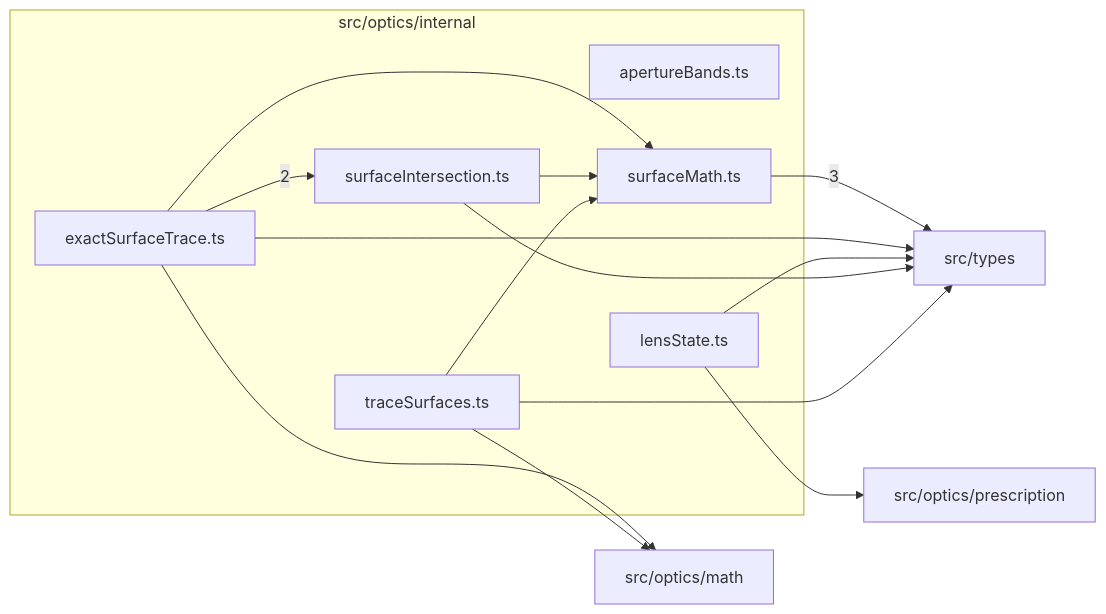
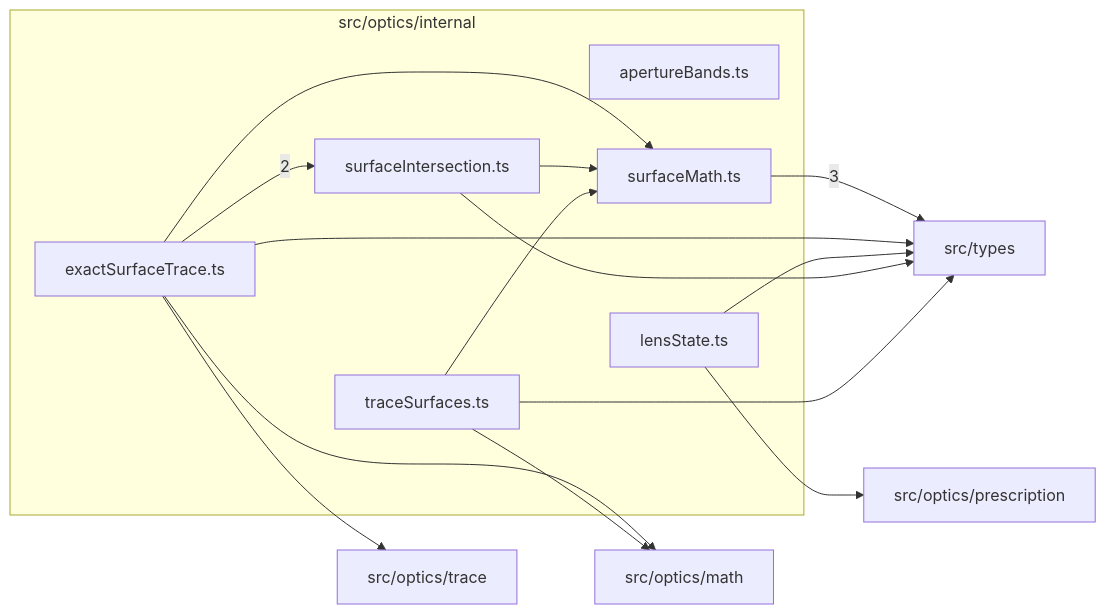
One commit to ronbuening/LensVisualizer changed the diagram in src/optics/internal/readme.md. Above: the diagram before and after it, drawn with Mermaid. The commit also changed other lines of this file and 9 other files, not shown here.

````diff
--- a/src/optics/internal/readme.md
+++ b/src/optics/internal/readme.md
@@ -9,26 +9,28 @@
 ```mermaid
 flowchart LR
   subgraph n_src_optics_internal["src/optics/internal"]
     n_src_optics_internal_src_optics_internal_apertureBands_ts["apertureBands.ts"]
     n_src_optics_internal_src_optics_internal_exactSurfaceTrace_ts["exactSurfaceTrace.ts"]
     n_src_optics_internal_src_optics_internal_lensState_ts["lensState.ts"]
     n_src_optics_internal_src_optics_internal_surfaceIntersection_ts["surfaceIntersection.ts"]
     n_src_optics_internal_src_optics_internal_surfaceMath_ts["surfaceMath.ts"]
     n_src_optics_internal_src_optics_internal_traceSurfaces_ts["traceSurfaces.ts"]
   end
   n_external_src_types["src/types"]
   n_external_src_optics_math["src/optics/math"]
   n_external_src_optics_prescription["src/optics/prescription"]
+  n_external_src_optics_trace["src/optics/trace"]
   n_src_optics_internal_src_optics_internal_surfaceMath_ts --> |3| n_external_src_types
   n_src_optics_internal_src_optics_internal_exactSurfaceTrace_ts --> |2| n_src_optics_internal_src_optics_internal_surfaceIntersection_ts
   n_src_optics_internal_src_optics_internal_exactSurfaceTrace_ts --> n_external_src_optics_math
   n_src_optics_internal_src_optics_internal_traceSurfaces_ts --> n_external_src_optics_math
   n_src_optics_internal_src_optics_internal_lensState_ts --> n_external_src_optics_prescription
+  n_src_optics_internal_src_optics_internal_exactSurfaceTrace_ts --> n_external_src_optics_trace
   n_src_optics_internal_src_optics_internal_exactSurfaceTrace_ts --> n_external_src_types
   n_src_optics_internal_src_optics_internal_lensState_ts --> n_external_src_types
   n_src_optics_internal_src_optics_internal_surfaceIntersection_ts --> n_external_src_types
   n_src_optics_internal_src_optics_internal_traceSurfaces_ts --> n_external_src_types
   n_src_optics_internal_src_optics_internal_exactSurfaceTrace_ts --> n_src_optics_internal_src_optics_internal_surfaceMath_ts
   n_src_optics_internal_src_optics_internal_surfaceIntersection_ts --> n_src_optics_internal_src_optics_internal_surfaceMath_ts
   n_src_optics_internal_src_optics_internal_traceSurfaces_ts --> n_src_optics_internal_src_optics_internal_surfaceMath_ts
 ```
````
